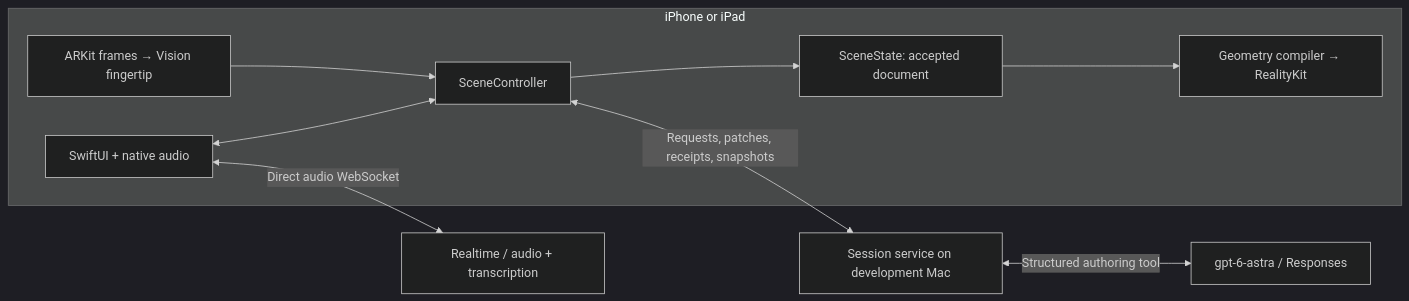
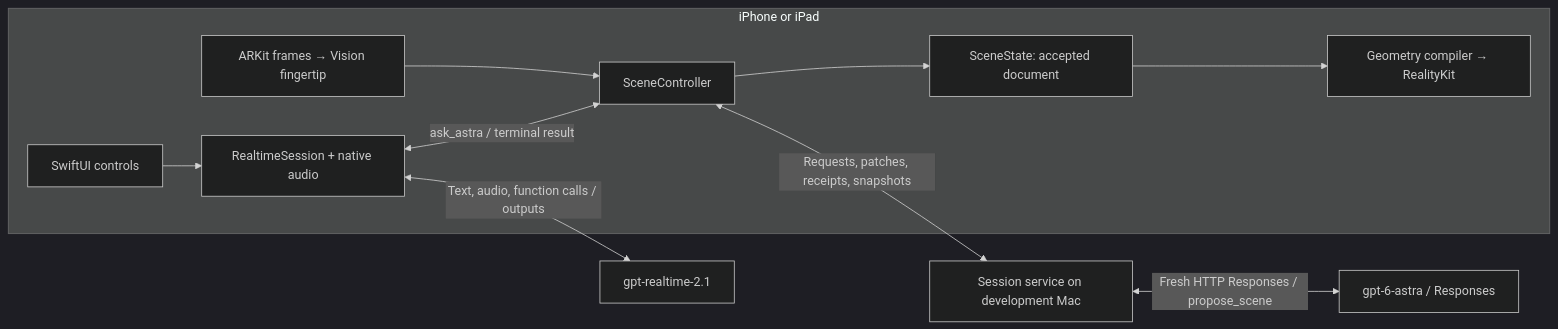
Before and after one commit to abharw/astra2026: the diagram in architecture.md, drawn with Mermaid (dark theme). The commit also changed other lines of this file and 125 other files, not shown here.

````diff
--- a/architecture.md
+++ b/architecture.md
@@ -30,20 +32,22 @@
 ```mermaid
 flowchart LR
     subgraph Device["iPhone or iPad"]
-        UI["SwiftUI + native audio"]
+        UI["SwiftUI controls"]
+        Conversation["RealtimeSession + native audio"]
         Input["ARKit frames → Vision fingertip"]
         Controller["SceneController"]
         Core["SceneState: accepted document"]
         Render["Geometry compiler → RealityKit"]
         Input --> Controller
-        UI <--> Controller
+        UI --> Conversation
+        Conversation <-->|"ask_astra / terminal result"| Controller
         Controller --> Core
         Core --> Render
     end
     Service["Session service on development Mac"]
     Astra["gpt-6-astra / Responses"]
-    Voice["Realtime / audio + transcription"]
-    UI <-->|"Direct audio WebSocket"| Voice
+    Voice["gpt-realtime-2.1"]
+    Conversation <-->|"Text, audio, function calls / outputs"| Voice
     Controller <-->|"Requests, patches, receipts, snapshots"| Service
-    Service <-->|"Structured authoring tool"| Astra
+    Service <-->|"Fresh HTTP Responses / propose_scene"| Astra
 ```
````
